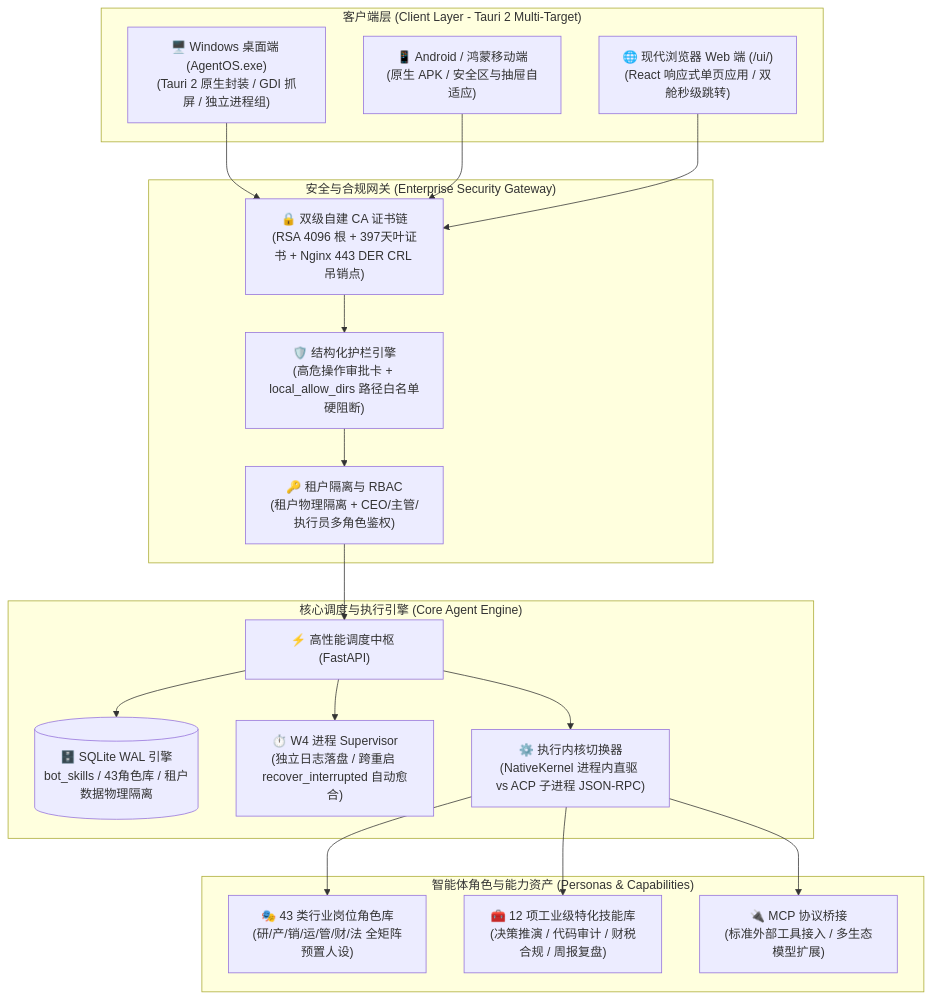
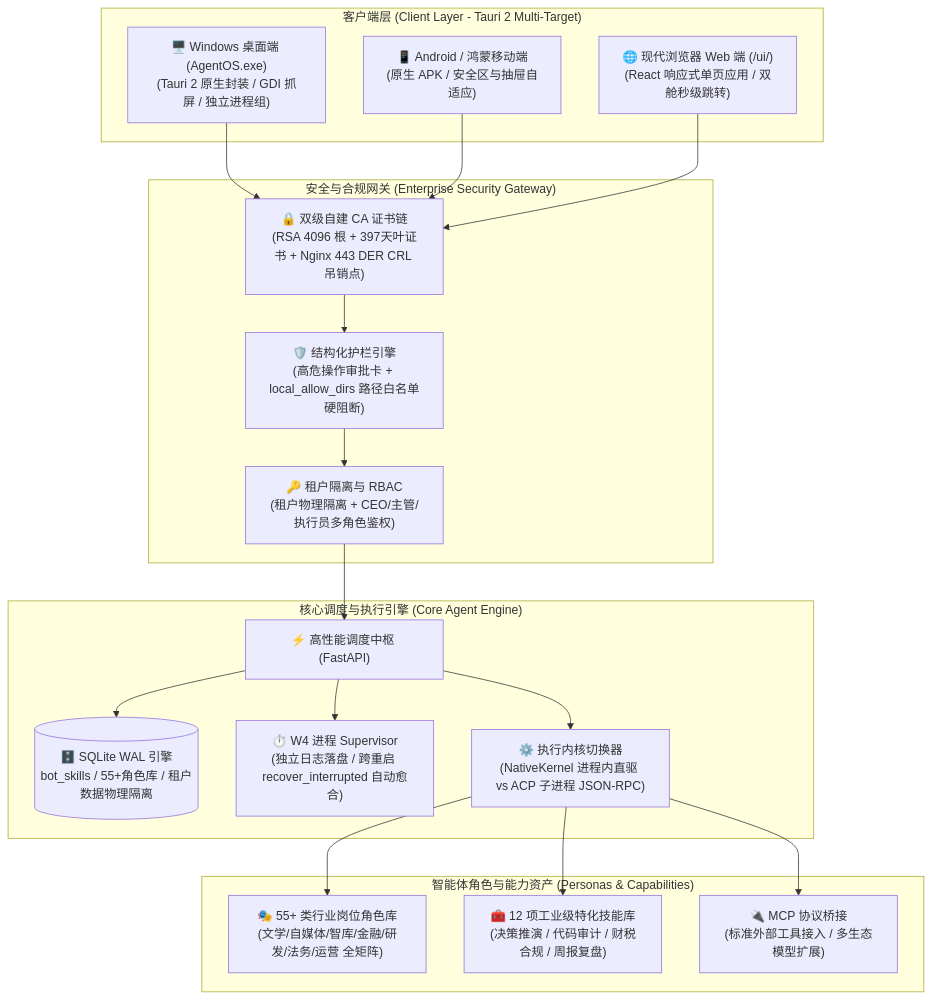
Before and after one commit to julingwu/agent-OS: the second of 2 diagrams in README.md, drawn with Mermaid. The commit also changed other lines of this file, not shown here.

````diff
--- a/README.md
+++ b/README.md
@@ -122,40 +127,40 @@
 ```mermaid
 flowchart TB
     subgraph ClientLayer ["客户端层 (Client Layer - Tauri 2 Multi-Target)"]
         WinClient["🖥️ Windows 桌面端 (AgentOS.exe)<br/>(Tauri 2 原生封装 / GDI 抓屏 / 独立进程组)"]
         WebClient["🌐 现代浏览器 Web 端 (/ui/)<br/>(React 响应式单页应用 / 双舱秒级跳转)"]
         MobileClient["📱 Android / 鸿蒙移动端<br/>(原生 APK / 安全区与抽屉自适应)"]
     end
 
     subgraph SecurityLayer ["安全与合规网关 (Enterprise Security Gateway)"]
         TLS["🔒 双级自建 CA 证书链<br/>(RSA 4096 根 + 397天叶证书 + Nginx 443 DER CRL 吊销点)"]
         Guardrails["🛡️ 结构化护栏引擎<br/>(高危操作审批卡 + local_allow_dirs 路径白名单硬阻断)"]
         AuthRBAC["🔑 租户隔离与 RBAC<br/>(租户物理隔离 + CEO/主管/执行员多角色鉴权)"]
     end
 
     subgraph CoreEngine ["核心调度与执行引擎 (Core Agent Engine)"]
         FastAPI["⚡ 高性能调度中枢 (FastAPI)"]
-        DB[(🗄️ SQLite WAL 引擎<br/>bot_skills / 43角色库 / 租户数据物理隔离)]
+        DB[(🗄️ SQLite WAL 引擎<br/>bot_skills / 55+角色库 / 租户数据物理隔离)]
         Supervisor["⏱️ W4 进程 Supervisor<br/>(独立日志落盘 / 跨重启 recover_interrupted 自动愈合)"]
         DualKernel["⚙️ 执行内核切换器<br/>(NativeKernel 进程内直驱 vs ACP 子进程 JSON-RPC)"]
     end
 
     subgraph CapabilityLayer ["智能体角色与能力资产 (Personas & Capabilities)"]
-        Roles["🎭 43 类行业岗位角色库<br/>(研/产/销/运/管/财/法 全矩阵预置人设)"]
+        Roles["🎭 55+ 类行业岗位角色库<br/>(文学/自媒体/智库/金融/研发/法务/运营 全矩阵)"]
         Skills["🧰 12 项工业级特化技能库<br/>(决策推演 / 代码审计 / 财税合规 / 周报复盘)"]
         MCPBridge["🔌 MCP 协议桥接<br/>(标准外部工具接入 / 多生态模型扩展)"]
     end
 
     WinClient --> TLS
     MobileClient --> TLS
     WebClient --> TLS
     TLS --> Guardrails --> AuthRBAC --> FastAPI
 
     FastAPI --> DB
     FastAPI --> Supervisor
     FastAPI --> DualKernel
 
     DualKernel --> Roles
     DualKernel --> Skills
     DualKernel --> MCPBridge
 ```
````
